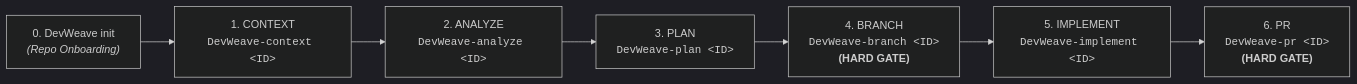
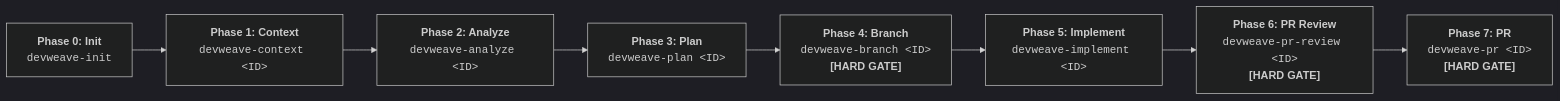
The second of 2 diagrams in docs/getting-started.md (paarthivnaik/DevWeave), drawn with Mermaid (dark theme) before and after one commit. The commit also changed other lines of this file and 1 other file, not shown here.

````diff
--- a/docs/getting-started.md
+++ b/docs/getting-started.md
@@ -94,9 +54,10 @@
 ```mermaid
 flowchart LR
-    INIT["0. DevWeave init<br><i>(Repo Onboarding)</i>"] --> P1["1. CONTEXT<br><code>DevWeave-context &lt;ID&gt;</code>"]
-    P1 --> P2["2. ANALYZE<br><code>DevWeave-analyze &lt;ID&gt;</code>"]
-    P2 --> P3["3. PLAN<br><code>DevWeave-plan &lt;ID&gt;</code>"]
-    P3 --> P4["4. BRANCH<br><code>DevWeave-branch &lt;ID&gt;</code><br><b>(HARD GATE)</b>"]
-    P4 --> P5["5. IMPLEMENT<br><code>DevWeave-implement &lt;ID&gt;</code>"]
-    P5 --> P6["6. PR<br><code>DevWeave-pr &lt;ID&gt;</code><br><b>(HARD GATE)</b>"]
+    P0["<b>Phase 0: Init</b><br><code>devweave-init</code>"] --> P1["<b>Phase 1: Context</b><br><code>devweave-context &lt;ID&gt;</code>"]
+    P1 --> P2["<b>Phase 2: Analyze</b><br><code>devweave-analyze &lt;ID&gt;</code>"]
+    P2 --> P3["<b>Phase 3: Plan</b><br><code>devweave-plan &lt;ID&gt;</code>"]
+    P3 --> P4["<b>Phase 4: Branch</b><br><code>devweave-branch &lt;ID&gt;</code><br><b>[HARD GATE]</b>"]
+    P4 --> P5["<b>Phase 5: Implement</b><br><code>devweave-implement &lt;ID&gt;</code>"]
+    P5 --> P6["<b>Phase 6: PR Review</b><br><code>devweave-pr-review &lt;ID&gt;</code><br><b>[HARD GATE]</b>"]
+    P6 --> P7["<b>Phase 7: PR</b><br><code>devweave-pr &lt;ID&gt;</code><br><b>[HARD GATE]</b>"]
 ```
````
